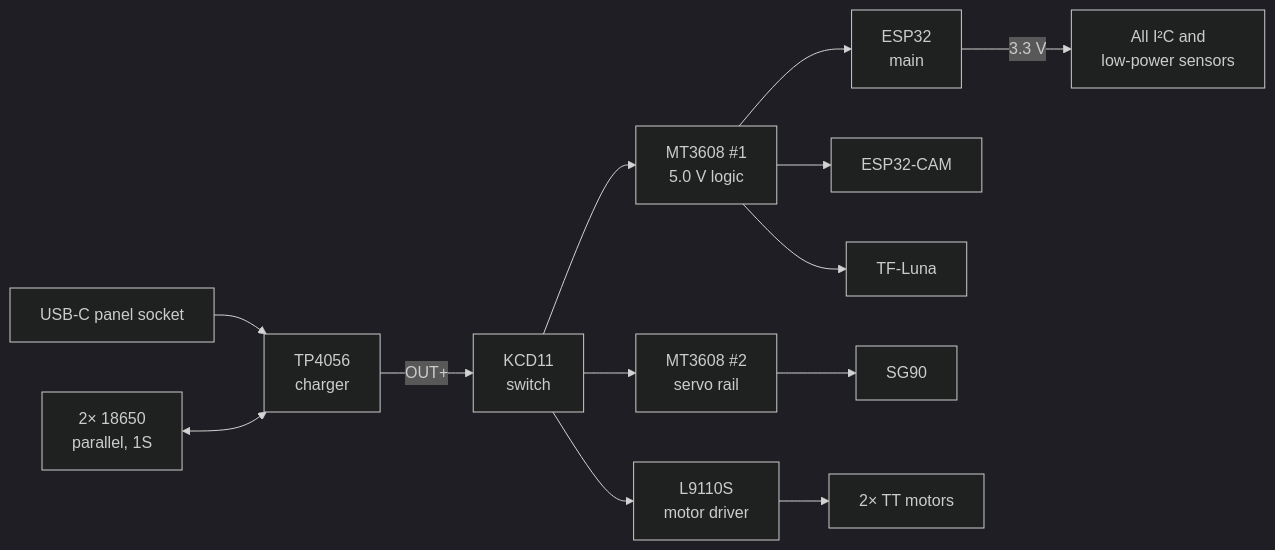
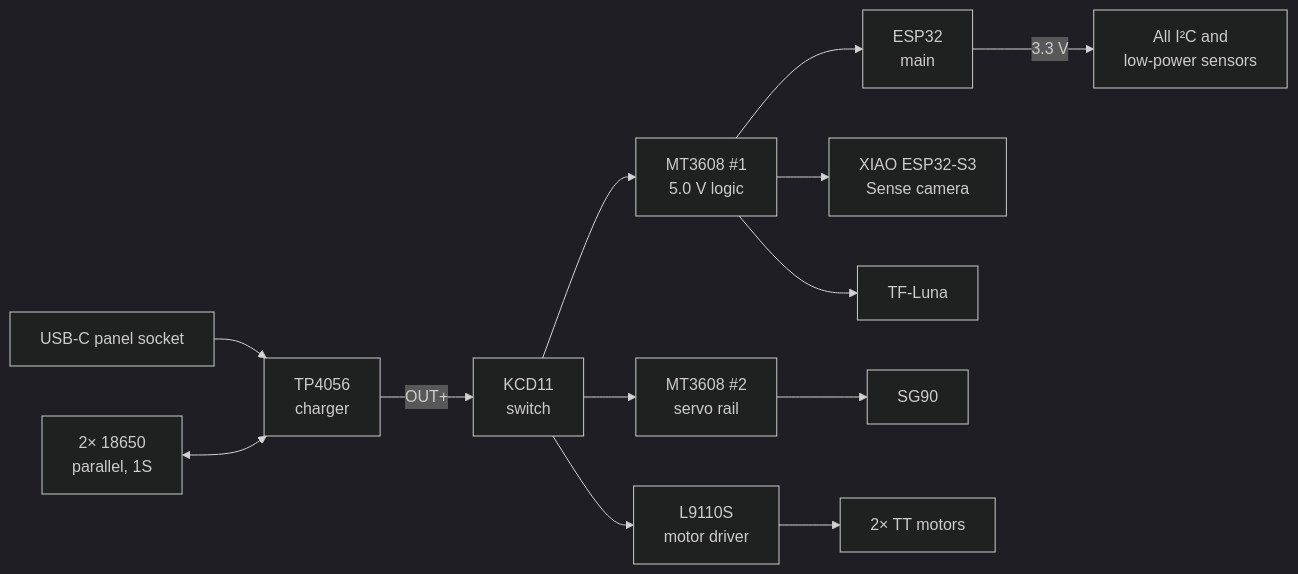
Before and after one commit to stefanoud-lgtm/Sentinel-Robot-Mini: the first of 2 diagrams in README.md, drawn with Mermaid (dark theme). The commit also changed other lines of this file, not shown here.

````diff
--- a/README.md
+++ b/README.md
@@ -110,15 +112,15 @@
 ```mermaid
 flowchart LR
     USB["USB-C panel socket"] --> TP["TP4056<br>charger"]
     BAT["2× 18650<br>parallel, 1S"] <--> TP
     TP -->|OUT+| SW["KCD11<br>switch"]
     SW --> B1["MT3608 #1<br>5.0 V logic"]
     SW --> B2["MT3608 #2<br>servo rail"]
     SW --> DRV["L9110S<br>motor driver"]
     B1 --> ESP["ESP32<br>main"]
-    B1 --> CAM["ESP32-CAM"]
+    B1 --> CAM["XIAO ESP32-S3<br>Sense camera"]
     B1 --> LUNA["TF-Luna"]
     ESP -->|3.3 V| SENS["All I²C and<br>low-power sensors"]
     B2 --> SERVO["SG90"]
     DRV --> MOT["2× TT motors"]
 ```
````
